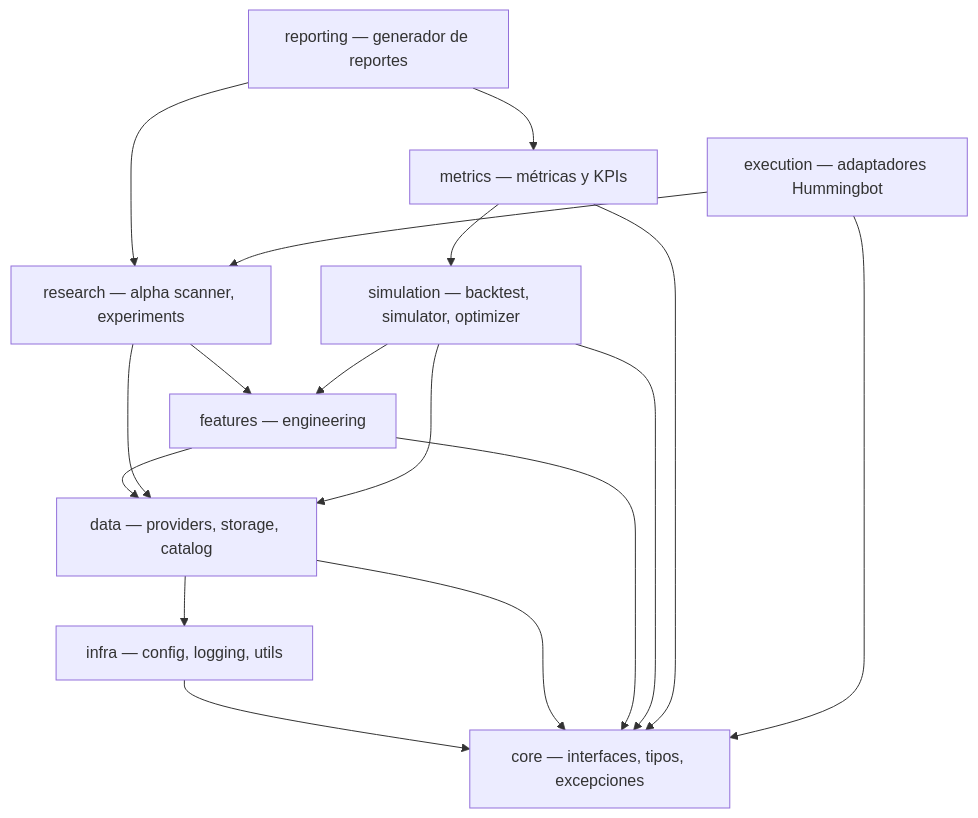
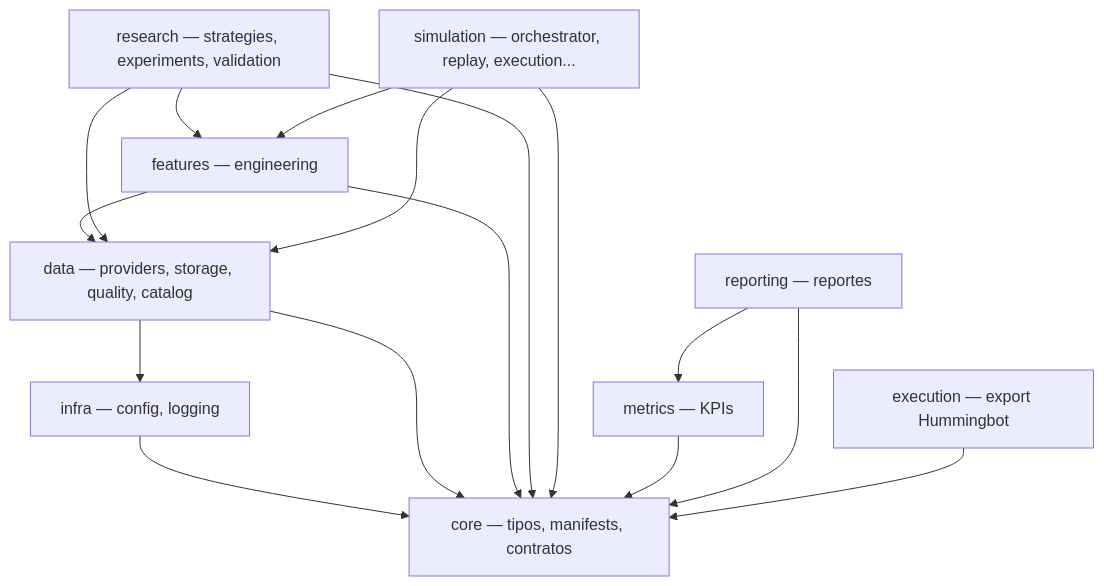
One commit to ssciarratta/QuantLab changed the third of 9 diagrams in docs/Diagrama.md. Above: the diagram before and after it, drawn with Mermaid. The commit also changed other lines of this file and 171 other files, not shown here.

````diff
--- a/docs/Diagrama.md
+++ b/docs/Diagrama.md
@@ -98,29 +107,28 @@
 ```mermaid
 flowchart TD
-    CORE[core — interfaces, tipos, excepciones]
-    INFRA[infra — config, logging, utils]
-    DATA[data — providers, storage, catalog]
+    CORE[core — tipos, manifests, contratos]
+    INFRA[infra — config, logging]
+    DATA[data — providers, storage, quality, catalog]
     FEAT[features — engineering]
-    RES[research — alpha scanner, experiments]
-    SIM[simulation — backtest, simulator, optimizer]
-    METR[metrics — métricas y KPIs]
-    REPT[reporting — generador de reportes]
-    EXEC[execution — adaptadores Hummingbot]
+    RES[research — strategies, experiments, validation]
+    SIM[simulation — orchestrator, replay, execution...]
+    METR[metrics — KPIs]
+    REPT[reporting — reportes]
+    EXEC[execution — export Hummingbot]
 
     INFRA --> CORE
     DATA --> CORE
     DATA --> INFRA
     FEAT --> DATA
     FEAT --> CORE
     RES --> FEAT
     RES --> DATA
+    RES --> CORE
     SIM --> FEAT
     SIM --> DATA
     SIM --> CORE
-    METR --> SIM
     METR --> CORE
+    REPT --> CORE
     REPT --> METR
-    REPT --> RES
     EXEC --> CORE
-    EXEC --> RES
 ```
````
